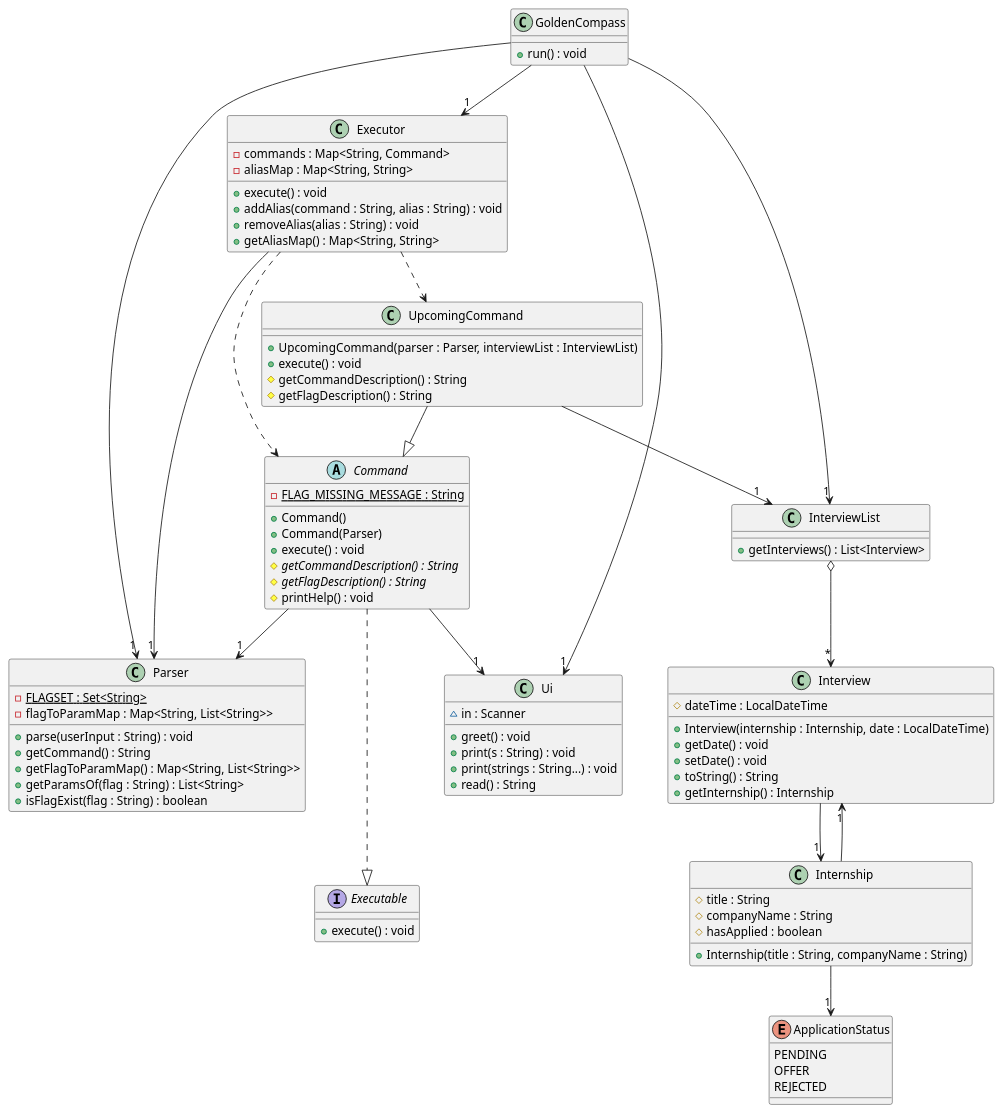
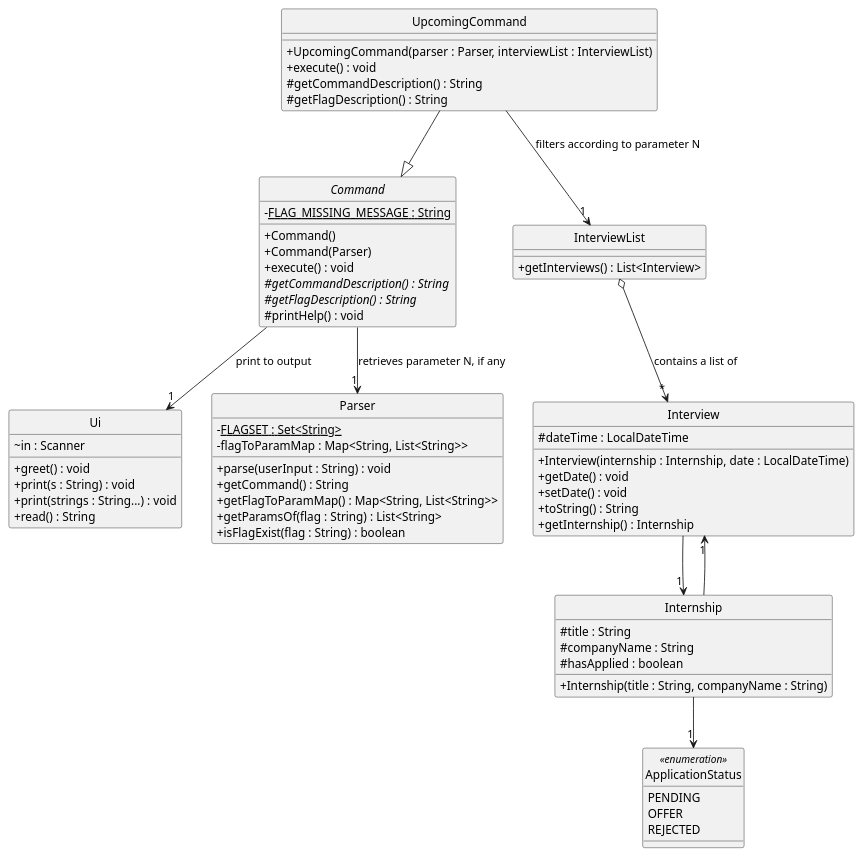
The diagram in docs/diagrams/UpcomingCommandClassDiagram.puml (Yian123330/tp), drawn with PlantUML before and after one commit. The commit also changed 8 other files, not shown here.

Commit message:
Add design diagrams in DG

```diff
--- a/docs/diagrams/UpcomingCommandClassDiagram.puml
+++ b/docs/diagrams/UpcomingCommandClassDiagram.puml
@@ -1,104 +1,91 @@
 @startuml
+hide circle
+skinparam classAttributeIconSize 0
 
-class GoldenCompass {
-    + run() : void
-}
+'class GoldenCompass {
+'    + run() : void
+'}
 
-class Executor {
-    - commands : Map<String, Command>
-    - aliasMap : Map<String, String>
-    + execute() : void
-    + addAlias(command : String, alias : String) : void
-    + removeAlias(alias : String) : void
-    + getAliasMap() : Map<String, String>
-}
 
-interface Executable {
-    + execute() : void
-}
 
 abstract class Command {
     - <u>FLAG_MISSING_MESSAGE : String
     + Command()
     + Command(Parser)
     + execute() : void
     # getCommandDescription() : String {abstract}
     # getFlagDescription() : String {abstract}
     # printHelp() : void
 }
 
 class UpcomingCommand {
     + UpcomingCommand(parser : Parser, interviewList : InterviewList)
     + execute() : void
     # getCommandDescription() : String
     # getFlagDescription() : String
 }
 
 class InterviewList {
     + getInterviews() : List<Interview>
 }
 
 class Interview {
     # dateTime : LocalDateTime
     + Interview(internship : Internship, date : LocalDateTime)
     + getDate() : void
     + setDate() : void
     + toString() : String
     + getInternship() : Internship
 }
 
 class Internship {
     # title : String
     # companyName : String
     # hasApplied : boolean
     + Internship(title : String, companyName : String)
 }
 
-enum ApplicationStatus {
+enum ApplicationStatus <<enumeration>> {
     PENDING
     OFFER
     REJECTED
 }
 
 class Ui {
     ~ in : Scanner
     + greet() : void
     + print(s : String) : void
     + print(strings : String...) : void
     + read() : String
 }
 
 class Parser {
     - <u>FLAGSET : Set<String>
     - flagToParamMap : Map<String, List<String>>
     + parse(userInput : String) : void
     + getCommand() : String
     + getFlagToParamMap() : Map<String, List<String>>
     + getParamsOf(flag : String) : List<String>
     + isFlagExist(flag : String) : boolean
 }
 
-GoldenCompass --> "1" Executor
-GoldenCompass --> "1" InterviewList
-GoldenCompass --> "1" Ui
-GoldenCompass --> "1" Parser
+'GoldenCompass --> "1" Executor
+'GoldenCompass --> "1" InterviewList
+'GoldenCompass --> "1" Ui
+'GoldenCompass --> "1" Parser
 
 Interview --> "1" Internship
 
 Internship --> "1" Interview
 Internship --> "1" ApplicationStatus
 
-Executor -.> Command
-Executor -.> UpcomingCommand
-Executor --> "1" Parser
 
-Command --.|> Executable
 UpcomingCommand --|> Command
 
-UpcomingCommand --> "1" InterviewList
-InterviewList o--> "*" Interview
+UpcomingCommand --> "1" InterviewList : filters according to parameter N
+InterviewList o--> "*" Interview : contains a list of
 
-Command --> "1" Ui
-Command --> "1" Parser
+Command --> "1" Ui : print to output
+Command --> "1" Parser : retrieves parameter N, if any
 
 @enduml
```
